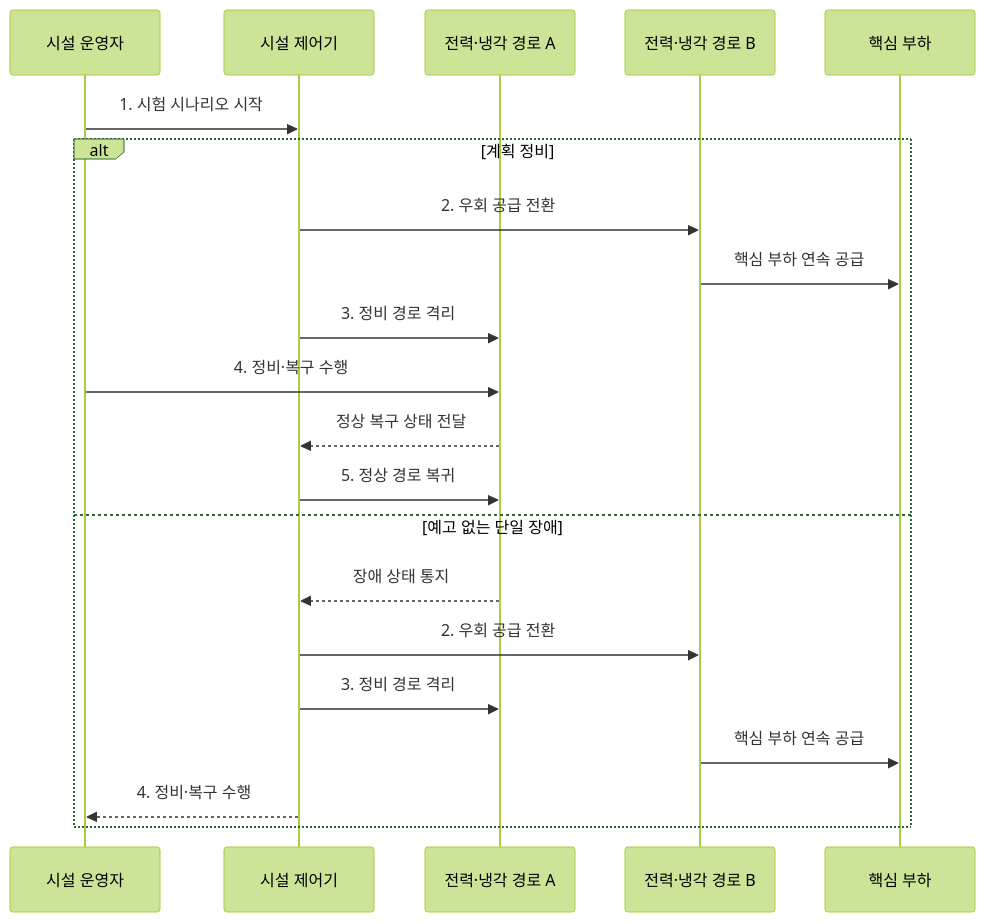
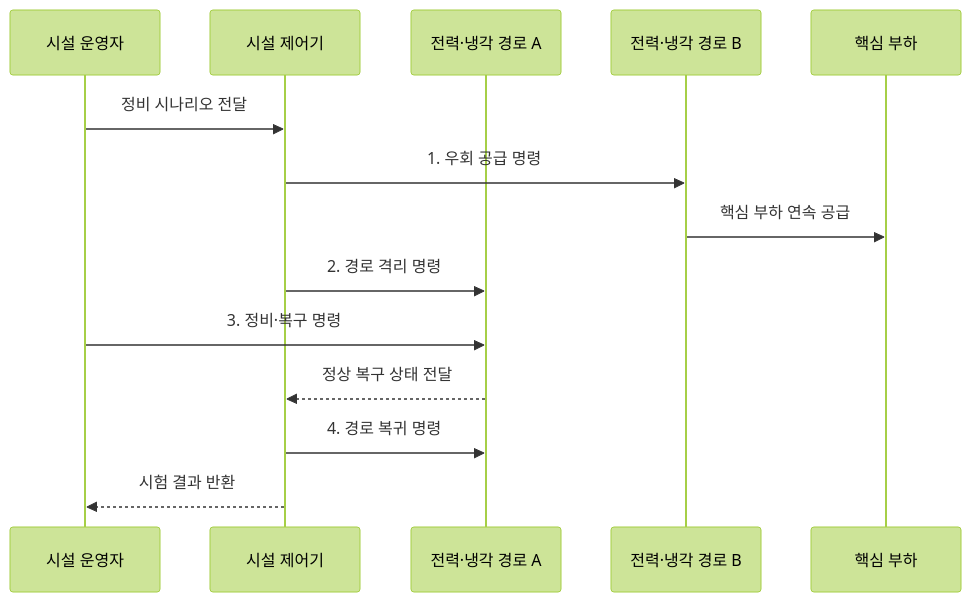
Before and after one commit to agnusdei1207/knowledge-base: the diagram in src/content/docs/notes/02-hardware/056_data_center_tier.md, drawn with Mermaid (forest theme). The commit also changed other lines of this file and 20 other files, not shown here.

````diff
--- a/src/content/docs/notes/02-hardware/056_data_center_tier.md
+++ b/src/content/docs/notes/02-hardware/056_data_center_tier.md
@@ -83,24 +74,17 @@
 ```mermaid
 sequenceDiagram
     participant O as 시설 운영자
     participant C as 시설 제어기
     participant A as 전력·냉각 경로 A
     participant B as 전력·냉각 경로 B
     participant L as 핵심 부하
 
-    O->>C: 1. 시험 시나리오 시작
-    alt 계획 정비
-        C->>B: 2. 우회 공급 전환
-        B->>L: 핵심 부하 연속 공급
-        C->>A: 3. 정비 경로 격리
-        O->>A: 4. 정비·복구 수행
-        A-->>C: 정상 복구 상태 전달
-        C->>A: 5. 정상 경로 복귀
-    else 예고 없는 단일 장애
-        A-->>C: 장애 상태 통지
-        C->>B: 2. 우회 공급 전환
-        C->>A: 3. 정비 경로 격리
-        B->>L: 핵심 부하 연속 공급
-        C-->>O: 4. 정비·복구 수행
-    end
+    O->>C: 정비 시나리오 전달
+    C->>B: 1. 우회 공급 명령
+    B->>L: 핵심 부하 연속 공급
+    C->>A: 2. 경로 격리 명령
+    O->>A: 3. 정비·복구 명령
+    A-->>C: 정상 복구 상태 전달
+    C->>A: 4. 경로 복귀 명령
+    C-->>O: 시험 결과 반환
 ```
````
